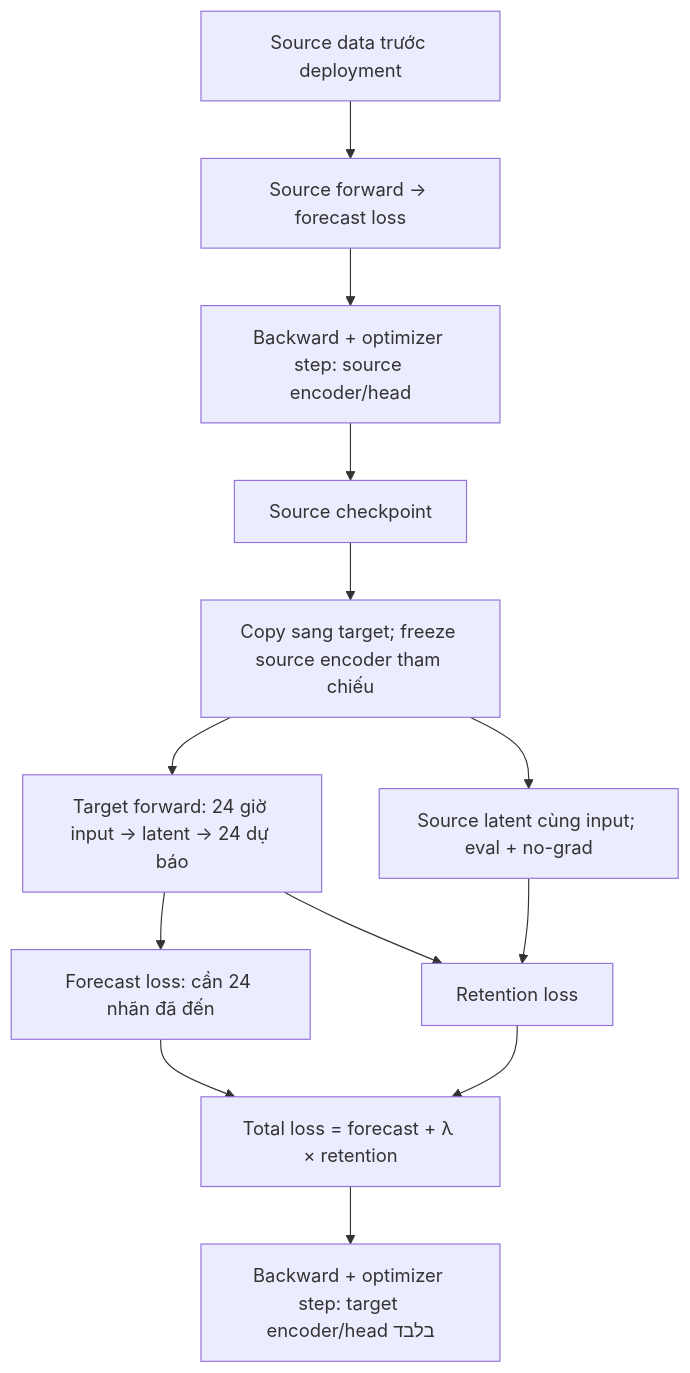
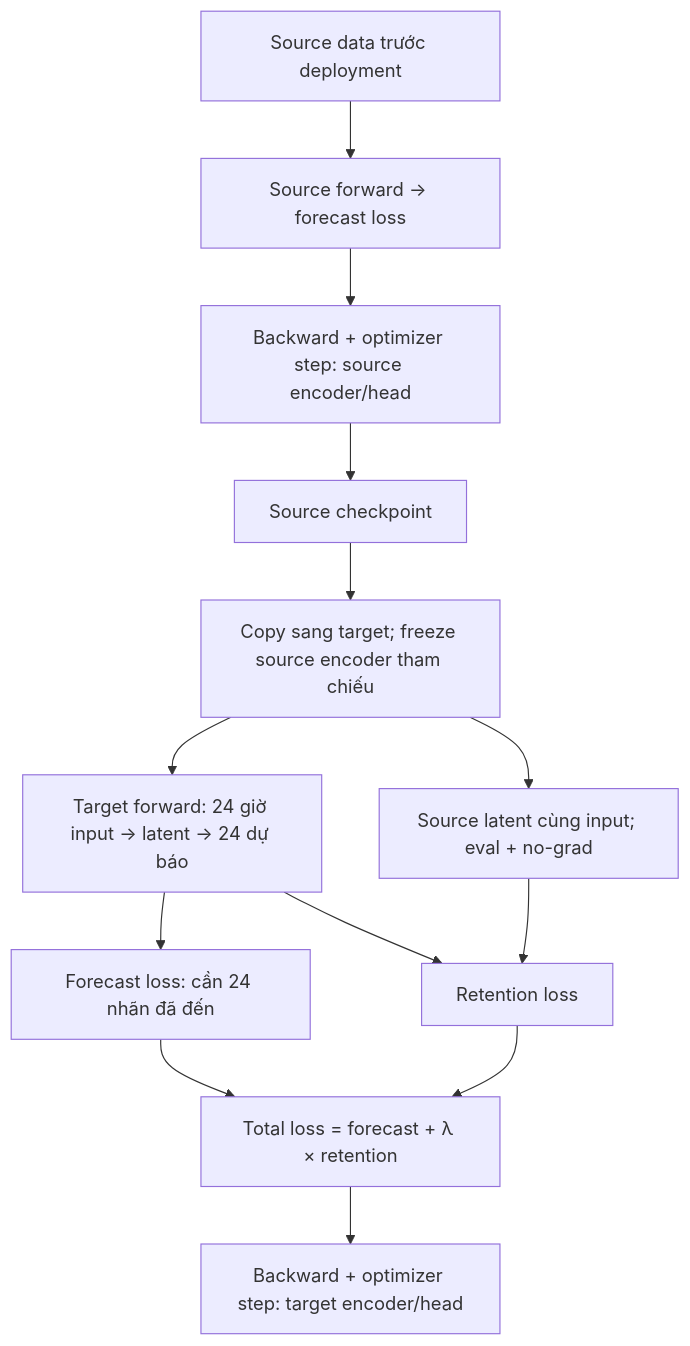
One commit to HungLD9505/adaptive-retention-ev changed the second of 3 diagrams in docs/RESEARCH_ROADMAP.md. Above: the diagram before and after it, drawn with Mermaid.

Commit message:
docs: correct target-gradient diagram label

````diff
--- a/docs/RESEARCH_ROADMAP.md
+++ b/docs/RESEARCH_ROADMAP.md
@@ -32,15 +32,15 @@
 ```mermaid
 flowchart TD
     S["Source data trước deployment"] --> SF["Source forward → forecast loss"]
     SF --> SB["Backward + optimizer step: source encoder/head"]
     SB --> CK["Source checkpoint"]
     CK --> TI["Copy sang target; freeze source encoder tham chiếu"]
     TI --> TF["Target forward: 24 giờ input → latent → 24 dự báo"]
     TF --> FL["Forecast loss: cần 24 nhãn đã đến"]
     TI --> SR["Source latent cùng input; eval + no-grad"]
     TF --> RL["Retention loss"]
     SR --> RL
     FL --> TOTAL["Total loss = forecast + λ × retention"]
     RL --> TOTAL
-    TOTAL --> TB["Backward + optimizer step: target encoder/head בלבד"]
+    TOTAL --> TB["Backward + optimizer step: target encoder/head"]
 ```
````
